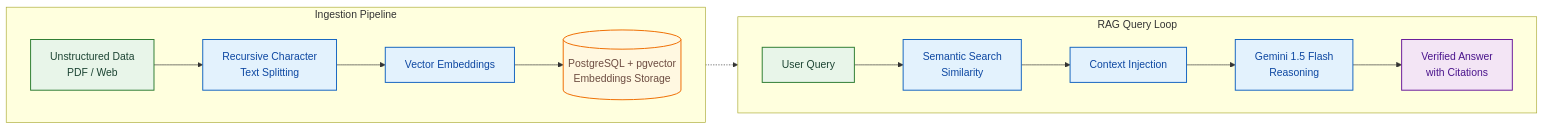
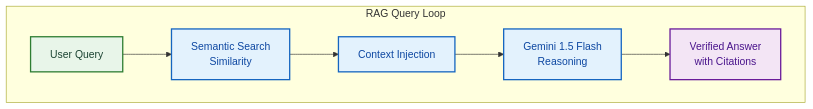
The second of 2 diagrams in README.md (keylorpineda/RAG-Research-Engine), drawn with Mermaid before and after one commit. The commit also changed other lines of this file, not shown here.

Commit message:
refactor: enhance mermaid diagrams for ingestion pipeline and RAG query loop with improved readability

````diff
--- a/README.md
+++ b/README.md
@@ -50,30 +69,19 @@
 ```mermaid
 flowchart LR
-	%% Modern, clean visual language with separated subgraphs.
-	classDef source fill:#e8f5e9,stroke:#2e7d32,stroke-width:1.5px,color:#1b4332;
-	classDef process fill:#e3f2fd,stroke:#1565c0,stroke-width:1.5px,color:#0d47a1;
-	classDef store fill:#fff8e1,stroke:#ef6c00,stroke-width:1.5px,color:#6d4c41;
-	classDef output fill:#f3e5f5,stroke:#6a1b9a,stroke-width:1.5px,color:#4a148c;
-
-	subgraph ING[Ingestion Pipeline]
-		direction LR
-		U[Unstructured Data\nPDF / Web] --> S[Recursive Character\nText Splitting]
-		S --> E[Vector Embeddings]
-		E --> P[(PostgreSQL + pgvector\nEmbeddings Storage)]
-	end
+	%% Retrieval and Generation loop (large and readable)
+	classDef source fill:#e8f5e9,stroke:#2e7d32,stroke-width:2px,color:#1b4332;
+	classDef process fill:#e3f2fd,stroke:#1565c0,stroke-width:2px,color:#0d47a1;
+	classDef output fill:#f3e5f5,stroke:#6a1b9a,stroke-width:2px,color:#4a148c;
 
 	subgraph RAG[RAG Query Loop]
 		direction LR
 		Q[User Query] --> M[Semantic Search\nSimilarity]
 		M --> C[Context Injection]
 		C --> G[Gemini 1.5 Flash\nReasoning]
 		G --> A[Verified Answer\nwith Citations]
 	end
 
-	P -.-> M
-
-	class U,Q source;
-	class S,E,M,C,G process;
-	class P store;
+	class Q source;
+	class M,C,G process;
 	class A output;
 ```
````
